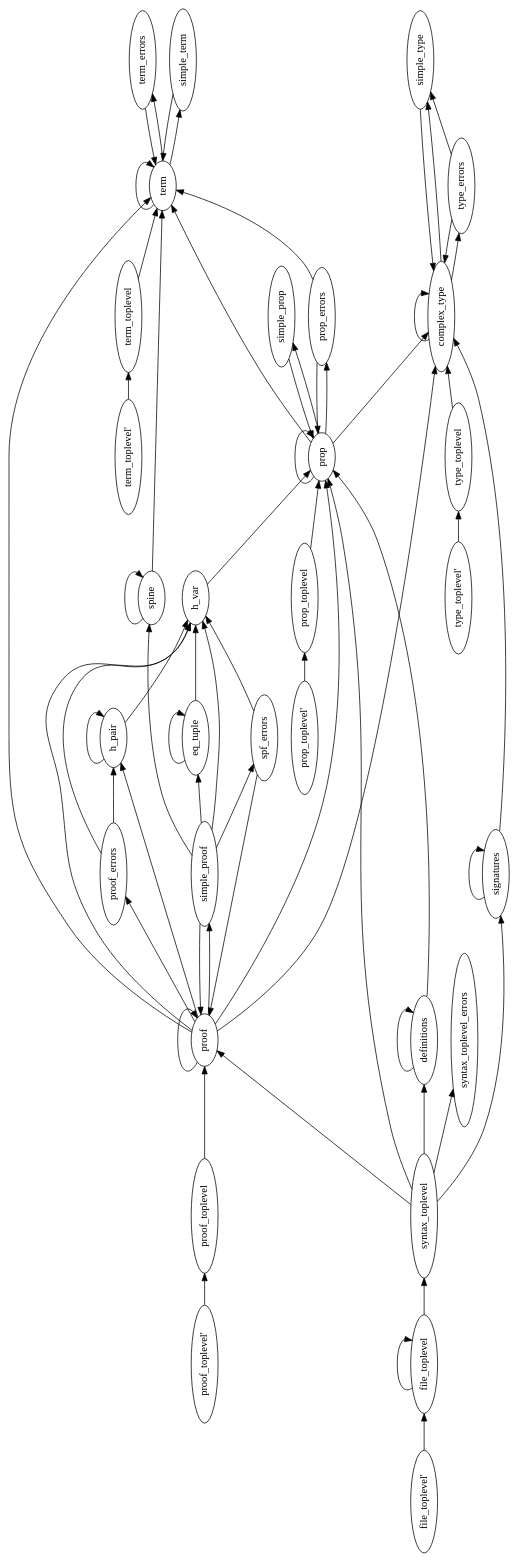
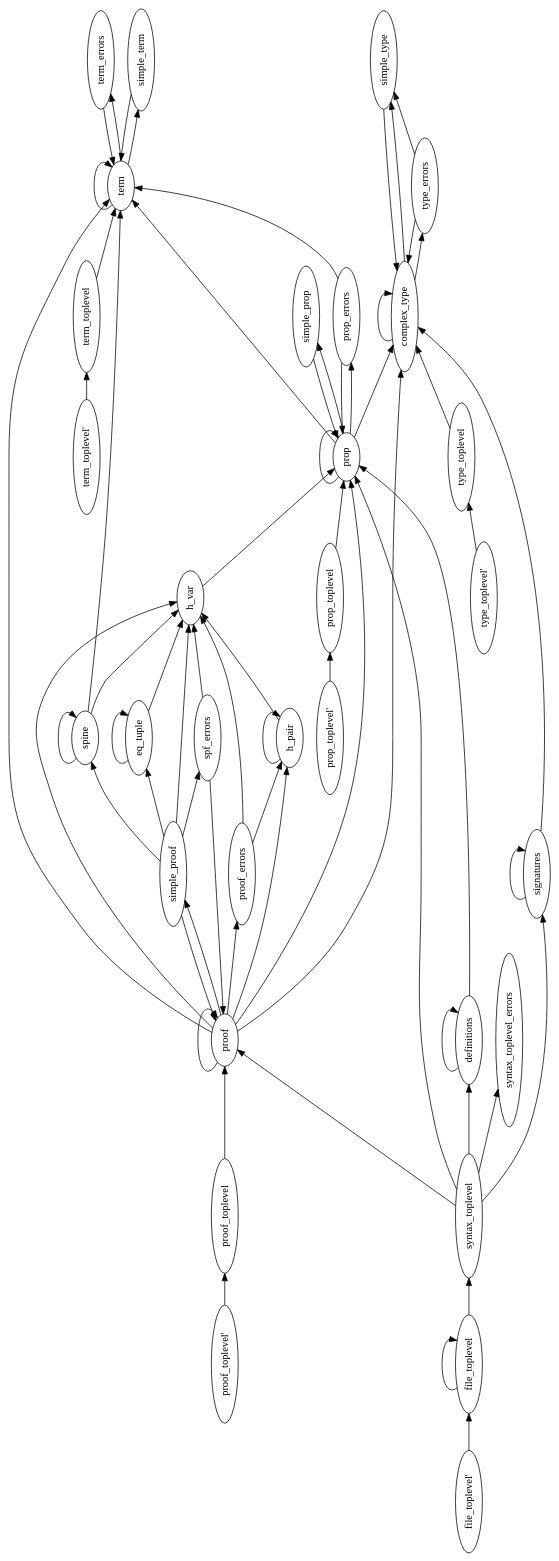
The diagram in src/parser/Parser.dot (LaifsV1/YUP), drawn with Graphviz before and after one commit. The commit also changed 14 other files, not shown here.

```diff
--- a/src/parser/Parser.dot
+++ b/src/parser/Parser.dot
@@ -1,100 +1,101 @@
 digraph G {
 orientation = landscape;
 rankdir = LR;
 ratio = compress;
 nt0 [ label="type_toplevel'" ] ;
 nt1 [ label="term_toplevel'" ] ;
 nt2 [ label="prop_toplevel'" ] ;
 nt3 [ label="proof_toplevel'" ] ;
 nt4 [ label="file_toplevel'" ] ;
 nt5 [ label="type_toplevel" ] ;
 nt6 [ label="type_errors" ] ;
 nt7 [ label="term_toplevel" ] ;
 nt8 [ label="term_errors" ] ;
 nt9 [ label="term" ] ;
 nt10 [ label="syntax_toplevel_errors" ] ;
 nt11 [ label="syntax_toplevel" ] ;
 nt12 [ label="spine" ] ;
 nt13 [ label="spf_errors" ] ;
 nt14 [ label="simple_type" ] ;
 nt15 [ label="simple_term" ] ;
 nt16 [ label="simple_prop" ] ;
 nt17 [ label="simple_proof" ] ;
 nt18 [ label="signatures" ] ;
 nt19 [ label="prop_toplevel" ] ;
 nt20 [ label="prop_errors" ] ;
 nt21 [ label="prop" ] ;
 nt22 [ label="proof_toplevel" ] ;
 nt23 [ label="proof_errors" ] ;
 nt24 [ label="proof" ] ;
 nt25 [ label="h_var" ] ;
 nt26 [ label="h_pair" ] ;
 nt27 [ label="file_toplevel" ] ;
 nt28 [ label="eq_tuple" ] ;
 nt29 [ label="definitions" ] ;
 nt30 [ label="complex_type" ] ;
 nt0 -> nt5 [ label="" ] ;
 nt1 -> nt7 [ label="" ] ;
 nt2 -> nt19 [ label="" ] ;
 nt3 -> nt22 [ label="" ] ;
 nt4 -> nt27 [ label="" ] ;
 nt5 -> nt30 [ label="" ] ;
 nt6 -> nt14 [ label="" ] ;
 nt6 -> nt30 [ label="" ] ;
 nt7 -> nt9 [ label="" ] ;
 nt8 -> nt9 [ label="" ] ;
 nt9 -> nt8 [ label="" ] ;
 nt9 -> nt9 [ label="" ] ;
 nt9 -> nt15 [ label="" ] ;
 nt11 -> nt10 [ label="" ] ;
 nt11 -> nt18 [ label="" ] ;
 nt11 -> nt21 [ label="" ] ;
 nt11 -> nt24 [ label="" ] ;
 nt11 -> nt29 [ label="" ] ;
 nt12 -> nt9 [ label="" ] ;
 nt12 -> nt12 [ label="" ] ;
+nt12 -> nt25 [ label="" ] ;
 nt13 -> nt24 [ label="" ] ;
 nt13 -> nt25 [ label="" ] ;
 nt14 -> nt30 [ label="" ] ;
 nt15 -> nt9 [ label="" ] ;
 nt16 -> nt21 [ label="" ] ;
 nt17 -> nt12 [ label="" ] ;
 nt17 -> nt13 [ label="" ] ;
 nt17 -> nt24 [ label="" ] ;
 nt17 -> nt25 [ label="" ] ;
 nt17 -> nt28 [ label="" ] ;
 nt18 -> nt18 [ label="" ] ;
 nt18 -> nt30 [ label="" ] ;
 nt19 -> nt21 [ label="" ] ;
 nt20 -> nt9 [ label="" ] ;
 nt20 -> nt21 [ label="" ] ;
 nt21 -> nt9 [ label="" ] ;
 nt21 -> nt16 [ label="" ] ;
 nt21 -> nt20 [ label="" ] ;
 nt21 -> nt21 [ label="" ] ;
 nt21 -> nt30 [ label="" ] ;
 nt22 -> nt24 [ label="" ] ;
 nt23 -> nt25 [ label="" ] ;
 nt23 -> nt26 [ label="" ] ;
 nt24 -> nt9 [ label="" ] ;
 nt24 -> nt17 [ label="" ] ;
 nt24 -> nt21 [ label="" ] ;
 nt24 -> nt23 [ label="" ] ;
 nt24 -> nt24 [ label="" ] ;
 nt24 -> nt25 [ label="" ] ;
 nt24 -> nt26 [ label="" ] ;
 nt24 -> nt30 [ label="" ] ;
 nt25 -> nt21 [ label="" ] ;
 nt26 -> nt25 [ label="" ] ;
 nt26 -> nt26 [ label="" ] ;
 nt27 -> nt11 [ label="" ] ;
 nt27 -> nt27 [ label="" ] ;
 nt28 -> nt25 [ label="" ] ;
 nt28 -> nt28 [ label="" ] ;
 nt29 -> nt21 [ label="" ] ;
 nt29 -> nt29 [ label="" ] ;
 nt30 -> nt6 [ label="" ] ;
 nt30 -> nt14 [ label="" ] ;
 nt30 -> nt30 [ label="" ] ;
 
 }
```
